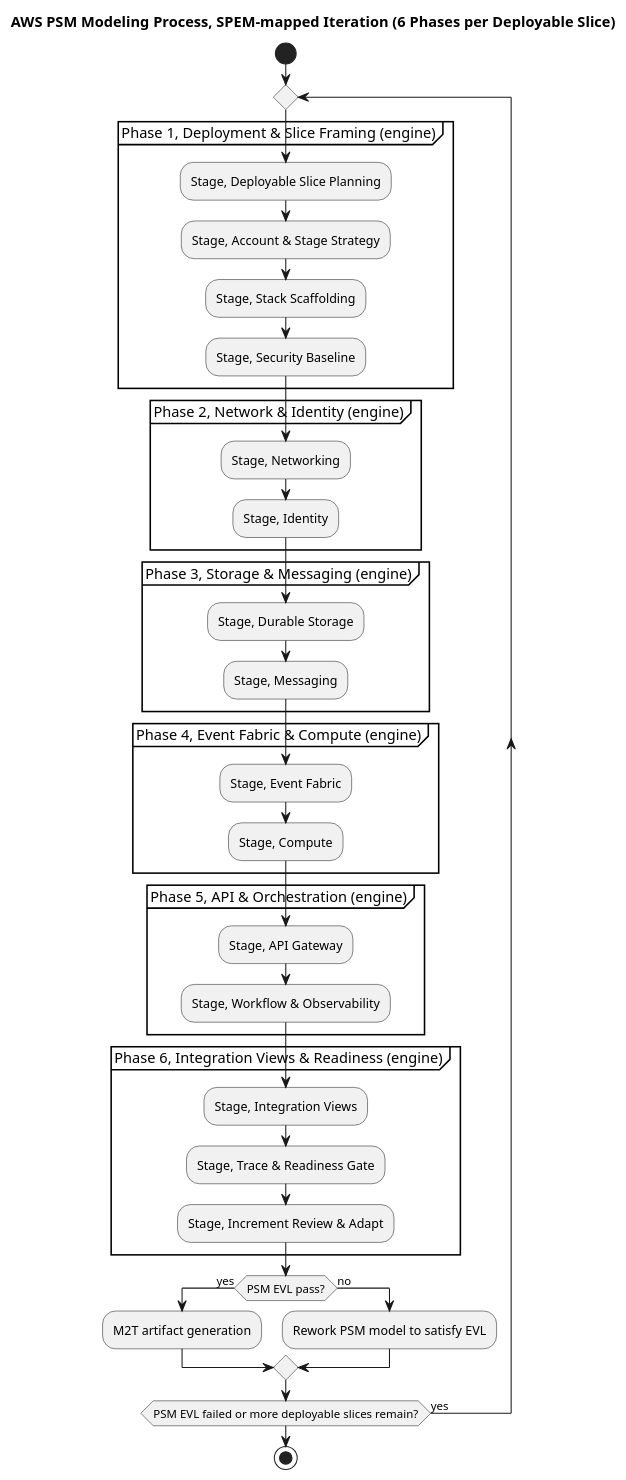
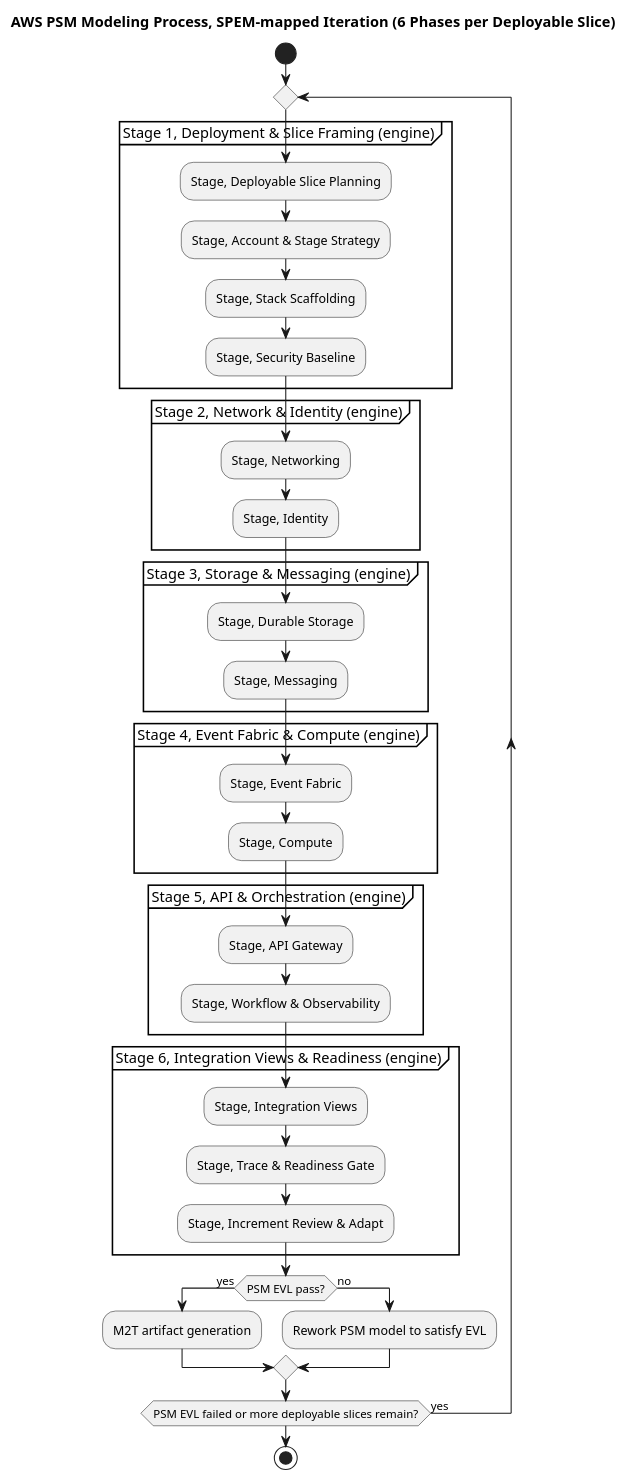
Before and after one commit to mehdieidi/modriss: the diagram in mde/process/spem/psm-process.activity.puml, drawn with PlantUML. The commit also changed 64 other files, not shown here.

```diff
--- a/mde/process/spem/psm-process.activity.puml
+++ b/mde/process/spem/psm-process.activity.puml
@@ -1,39 +1,39 @@
 @startuml psm-process
 title AWS PSM Modeling Process, SPEM-mapped Iteration (6 Phases per Deployable Slice)
 start
 repeat
-  partition "Phase 1, Deployment & Slice Framing (engine)" {
+  partition "Stage 1, Deployment & Slice Framing (engine)" {
     :Stage, Deployable Slice Planning;
     :Stage, Account & Stage Strategy;
     :Stage, Stack Scaffolding;
     :Stage, Security Baseline;
   }
-  partition "Phase 2, Network & Identity (engine)" {
+  partition "Stage 2, Network & Identity (engine)" {
     :Stage, Networking;
     :Stage, Identity;
   }
-  partition "Phase 3, Storage & Messaging (engine)" {
+  partition "Stage 3, Storage & Messaging (engine)" {
     :Stage, Durable Storage;
     :Stage, Messaging;
   }
-  partition "Phase 4, Event Fabric & Compute (engine)" {
+  partition "Stage 4, Event Fabric & Compute (engine)" {
     :Stage, Event Fabric;
     :Stage, Compute;
   }
-  partition "Phase 5, API & Orchestration (engine)" {
+  partition "Stage 5, API & Orchestration (engine)" {
     :Stage, API Gateway;
     :Stage, Workflow & Observability;
   }
-  partition "Phase 6, Integration Views & Readiness (engine)" {
+  partition "Stage 6, Integration Views & Readiness (engine)" {
     :Stage, Integration Views;
     :Stage, Trace & Readiness Gate;
     :Stage, Increment Review & Adapt;
   }
   if (PSM EVL pass?) then (yes)
     :M2T artifact generation;
   else (no)
     :Rework PSM model to satisfy EVL;
   endif
 repeat while (PSM EVL failed or more deployable slices remain?) is (yes)
 stop
 @enduml
```
